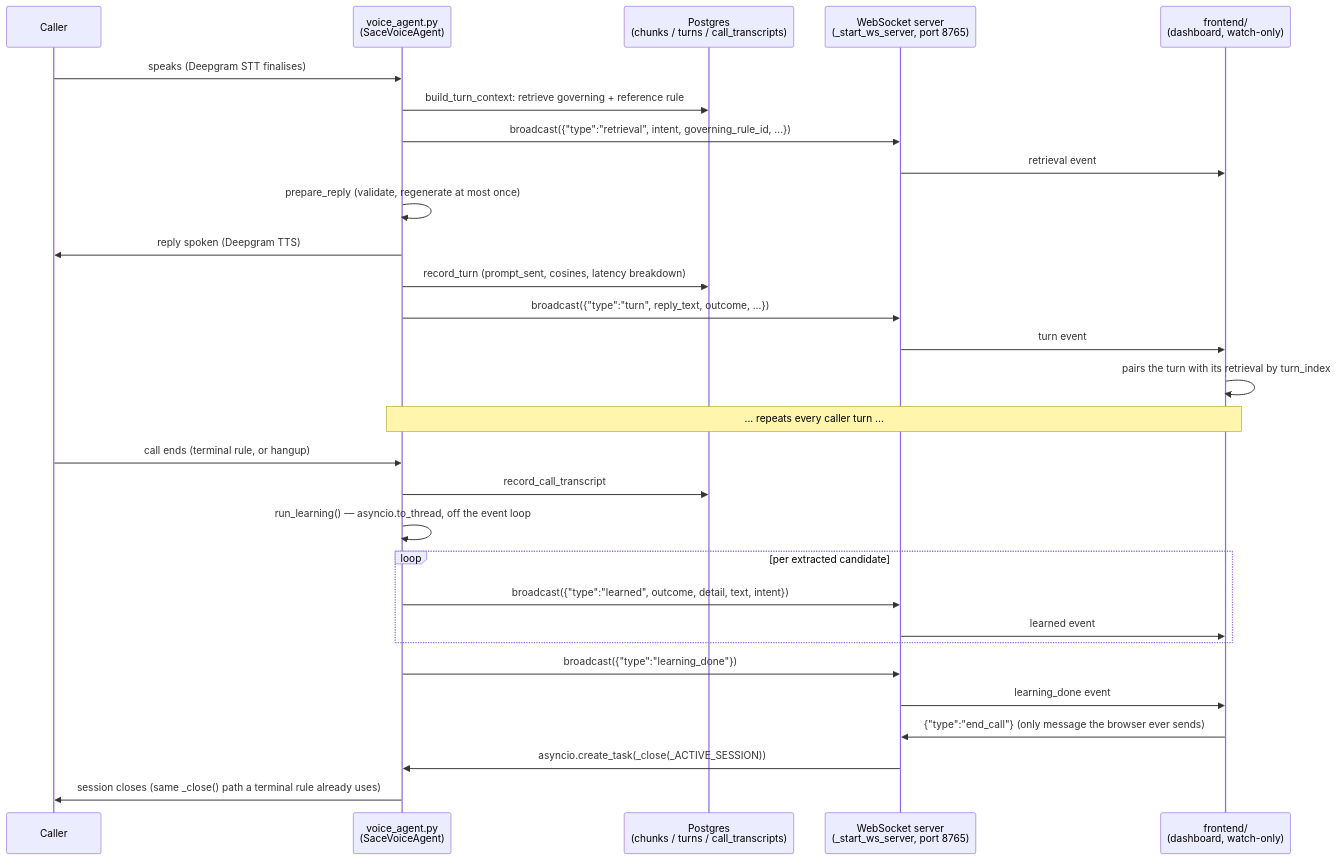
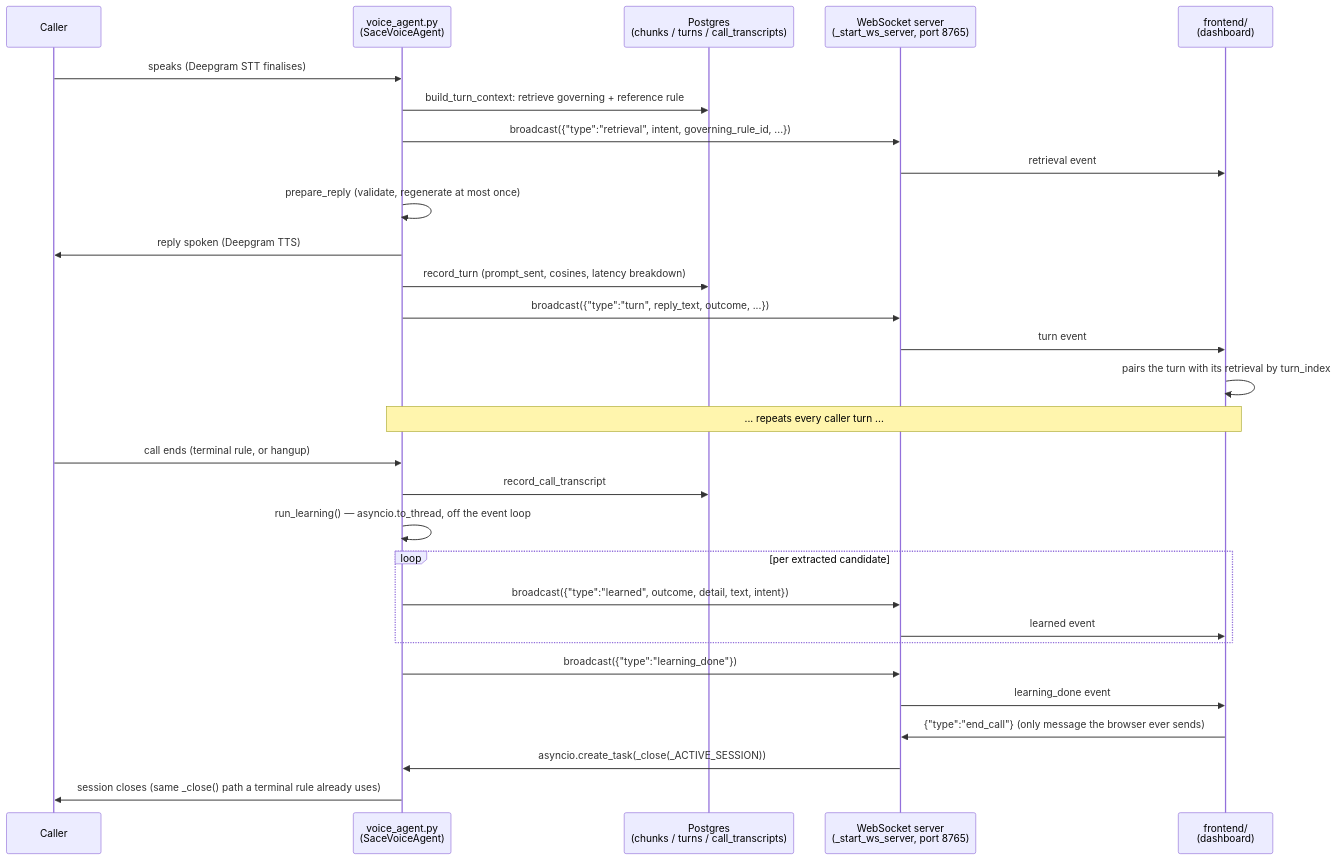
Before and after one commit to shahbhavya7/Prompt_Factory: the second of 3 diagrams in docs/ARCHITECTURE.md, drawn with Mermaid. The commit also changed other lines of this file and 2 other files, not shown here.

First line of the commit message:
Enhance documentation for voice agent architecture and functionality

````diff
--- a/docs/ARCHITECTURE.md
+++ b/docs/ARCHITECTURE.md
@@ -642,35 +686,35 @@
 ```mermaid
 sequenceDiagram
     participant Caller
     participant Voice as voice_agent.py<br>(SaceVoiceAgent)
     participant DB as Postgres<br>(chunks / turns / call_transcripts)
     participant WS as WebSocket server<br>(_start_ws_server, port 8765)
-    participant Browser as frontend/<br>(dashboard, watch-only)
+    participant Browser as frontend/<br>(dashboard)
 
     Caller->>Voice: speaks (Deepgram STT finalises)
     Voice->>DB: build_turn_context: retrieve governing + reference rule
     Voice->>WS: broadcast({"type":"retrieval", intent, governing_rule_id, ...})
     WS->>Browser: retrieval event
     Voice->>Voice: prepare_reply (validate, regenerate at most once)
     Voice->>Caller: reply spoken (Deepgram TTS)
     Voice->>DB: record_turn (prompt_sent, cosines, latency breakdown)
     Voice->>WS: broadcast({"type":"turn", reply_text, outcome, ...})
     WS->>Browser: turn event
     Browser->>Browser: pairs the turn with its retrieval by turn_index
 
     Note over Voice,Browser: ... repeats every caller turn ...
 
     Caller->>Voice: call ends (terminal rule, or hangup)
     Voice->>DB: record_call_transcript
     Voice->>Voice: run_learning() — asyncio.to_thread, off the event loop
     loop per extracted candidate
         Voice->>WS: broadcast({"type":"learned", outcome, detail, text, intent})
         WS->>Browser: learned event
     end
     Voice->>WS: broadcast({"type":"learning_done"})
     WS->>Browser: learning_done event
 
     Browser->>WS: {"type":"end_call"}  (only message the browser ever sends)
     WS->>Voice: asyncio.create_task(_close(_ACTIVE_SESSION))
     Voice->>Caller: session closes (same _close() path a terminal rule already uses)
 ```
````
